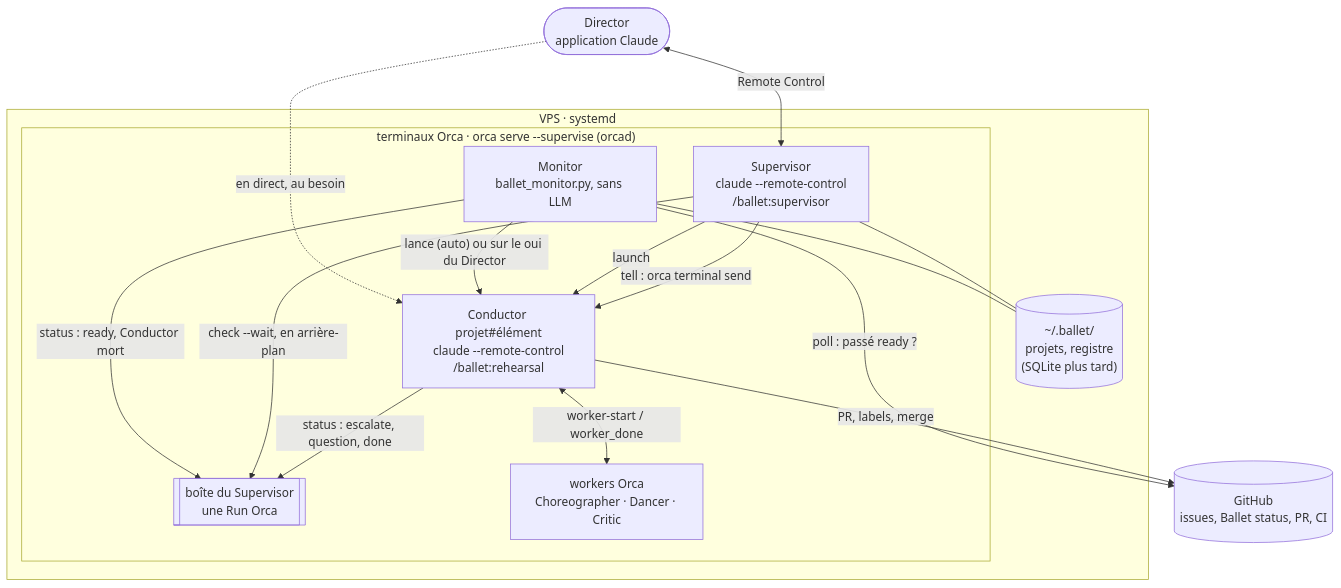
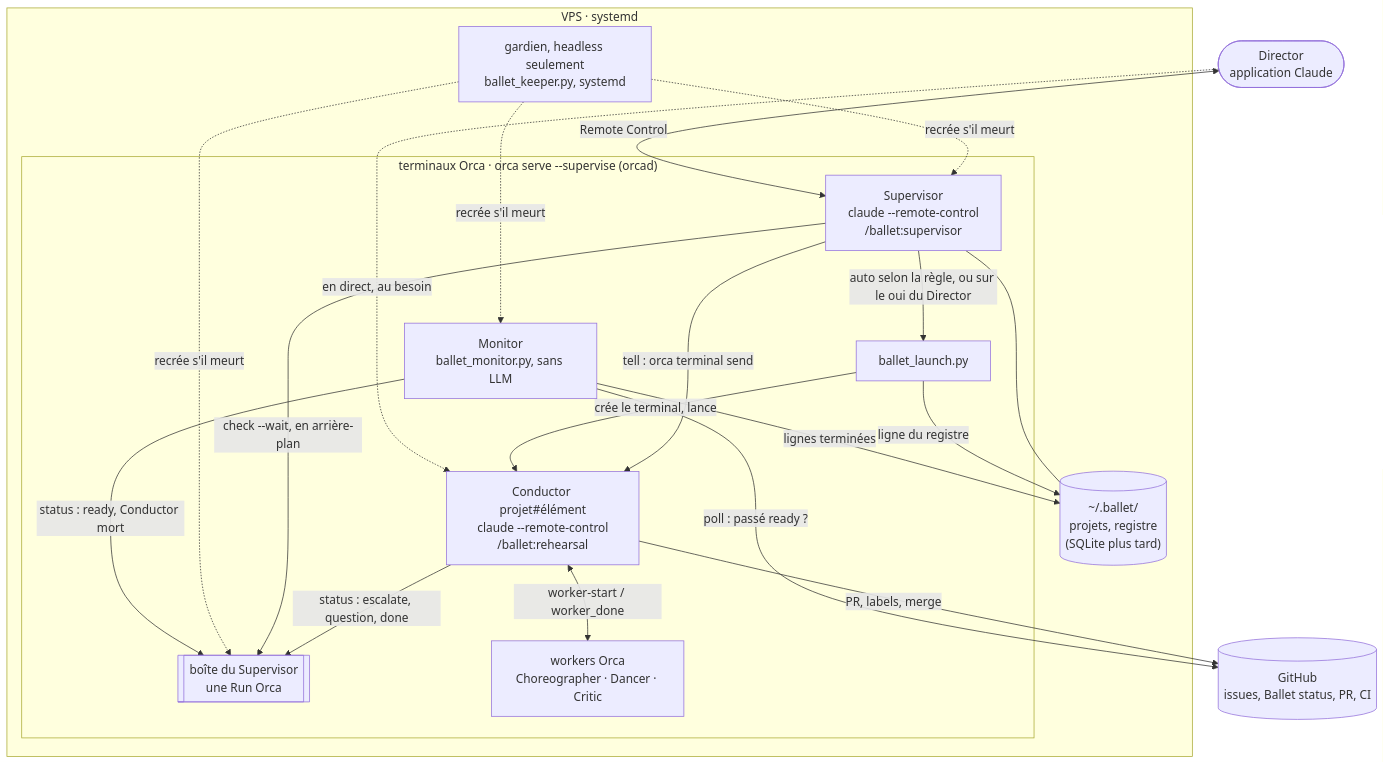
One commit to bdridi/ballet changed the first of 3 diagrams in docs/spikes/0001-superviseur-boite-orca.md. Above: the diagram before and after it, drawn with Mermaid. The commit also changed other lines of this file and 1 other file, not shown here.

Commit message:
docs: Supervisor seul lanceur (ballet_launch.py), Monitor qui observe, gardien qui relance en headless ; deux modes d'installation et OPP-74 (installer Ballet sur un poste) ; vision et OPP-01 alignés

````diff
--- a/docs/spikes/0001-superviseur-boite-orca.md
+++ b/docs/spikes/0001-superviseur-boite-orca.md
@@ -106,30 +141,36 @@
 ```mermaid
 flowchart TB
     director(["Director<br/>application Claude"])
     github[("GitHub<br/>issues, Ballet status, PR, CI")]
 
     subgraph vps["VPS · systemd"]
         subgraph orca["terminaux Orca · orca serve --supervise (orcad)"]
             supervisor["Supervisor<br/>claude --remote-control<br/>/ballet:supervisor"]
             mailbox[["boîte du Supervisor<br/>une Run Orca"]]
             daemon["Monitor<br/>ballet_monitor.py, sans LLM"]
+            launch["ballet_launch.py"]
             conductor["Conductor projet#élément<br/>claude --remote-control<br/>/ballet:rehearsal"]
             workers["workers Orca<br/>Choreographer · Dancer · Critic"]
         end
         state[("~/.ballet/<br/>projets, registre<br/>(SQLite plus tard)")]
+        keeper["gardien, headless seulement<br/>ballet_keeper.py, systemd"]
     end
 
     director <-->|Remote Control| supervisor
     director -.->|en direct, au besoin| conductor
     daemon -->|"poll : passé ready ?"| github
     daemon -->|"status : ready, Conductor mort"| mailbox
-    daemon -->|"lance (auto) ou sur le oui du Director"| conductor
-    daemon --- state
+    keeper -.->|"recrée s'il meurt"| supervisor
+    keeper -.->|"recrée s'il meurt"| daemon
+    keeper -.->|"recrée s'il meurt"| mailbox
+    daemon -->|"lignes terminées"| state
     supervisor -->|"check --wait, en arrière-plan"| mailbox
-    supervisor -->|"launch"| conductor
+    supervisor -->|"auto selon la règle, ou sur le oui du Director"| launch
+    launch -->|"crée le terminal, lance"| conductor
+    launch -->|"ligne du registre"| state
     supervisor -->|"tell : orca terminal send"| conductor
     supervisor --- state
     conductor -->|"status : escalate, question, done"| mailbox
     conductor <-->|"worker-start / worker_done"| workers
     conductor -->|"PR, labels, merge"| github
 ```
````
